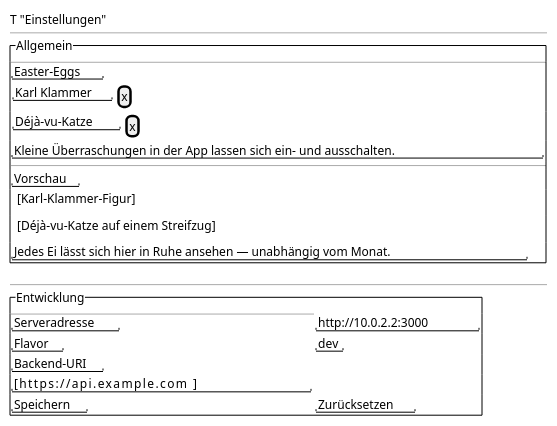
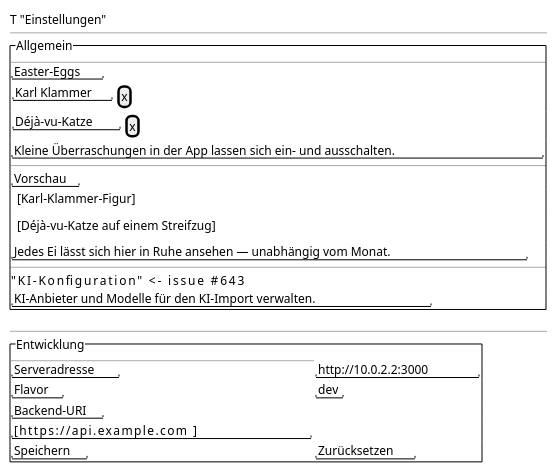
The diagram in docs/design/screens/settings.md (tradem/breakdown-rs), drawn with PlantUML before and after one commit. The commit also changed other lines of this file and 14 other files, not shown here.

````diff
--- a/docs/design/screens/settings.md
+++ b/docs/design/screens/settings.md
@@ -32,29 +34,32 @@
 ```plantuml
 @startsalt
 {
   T "Einstellungen"
   --
   {^ "Allgemein"
     --
     "Easter-Eggs"
     { "Karl Klammer" | [x] }
     { "Déjà-vu-Katze" | [x] }
     "Kleine Überraschungen in der App lassen sich ein- und ausschalten."
     --
     "Vorschau"
     {^ [Karl-Klammer-Figur] }
     {^ [Déjà-vu-Katze auf einem Streifzug] }
     "Jedes Ei lässt sich hier in Ruhe ansehen — unabhängig vom Monat."
+    --
+    "KI-Konfiguration"                  <- issue #643
+    "KI-Anbieter und Modelle für den KI-Import verwalten."
   }
   --
   {^ "Entwicklung"
     --
     "Serveradresse" | "http://10.0.2.2:3000"
     "Flavor" | "dev"
     "Backend-URI"
     "[https://api.example.com            ]"
     "Speichern" | "Zurücksetzen"
   }
 }
 @endsalt
 ```
````
